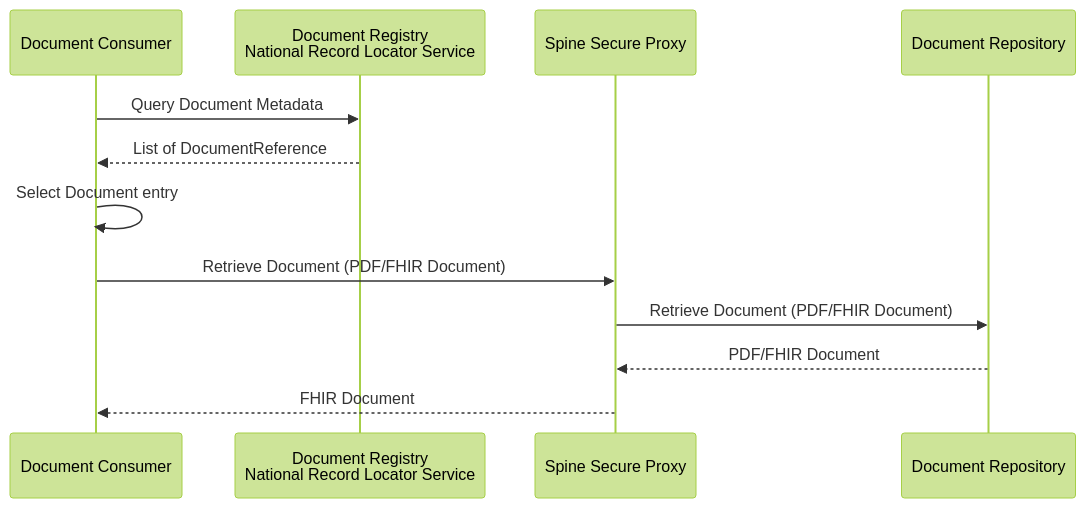
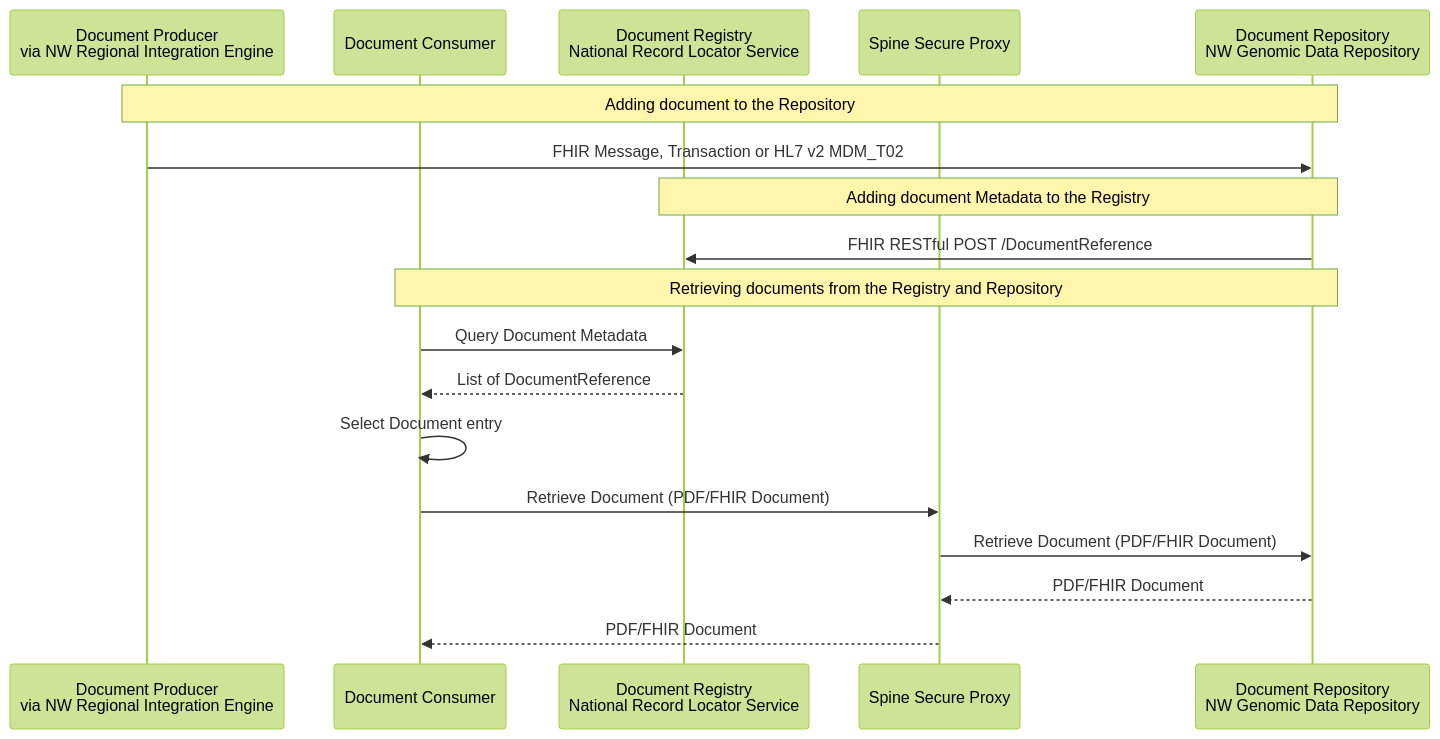
Before and after one commit to uk-gov-mirror/nw-gmsa.nw-gmsa.github.com: the eighth of 8 diagrams in input/pagecontent/workflow-report-options.md, drawn with Mermaid (forest theme). The commit also changed other lines of this file, not shown here.

Commit message:
NRL Sequence diagram

````diff
--- a/input/pagecontent/workflow-report-options.md
+++ b/input/pagecontent/workflow-report-options.md
@@ -108,15 +146,21 @@
 ```mermaid
 sequenceDiagram
+    participant Producer As Document Producer<br/>via NW Regional Integration Engine
     participant Consumer As Document Consumer
     participant Registry As Document Registry<br/>National Record Locator Service
     participant SSP As Spine Secure Proxy
-    participant Repository As Document Repository
+    participant Repository As Document Repository<br/>NW Genomic Data Repository
 
+    Note over Producer,Repository: Adding document to the Repository
+    Producer ->> Repository: FHIR Message, Transaction or HL7 v2 MDM_T02 
+    Note over Registry,Repository: Adding document Metadata to the Registry
+    Repository ->> Registry: FHIR RESTful POST /DocumentReference
+    Note over Consumer,Repository: Retrieving documents from the Registry and Repository
     Consumer ->> Registry: Query Document Metadata
     Registry -->> Consumer: List of DocumentReference
     Consumer ->> Consumer: Select Document entry
     Consumer ->> SSP: Retrieve Document (PDF/FHIR Document)
     SSP ->> Repository: Retrieve Document (PDF/FHIR Document)
     Repository -->> SSP: PDF/FHIR Document
-    SSP -->> Consumer: FHIR Document
+    SSP -->> Consumer: PDF/FHIR Document
 ```
````
